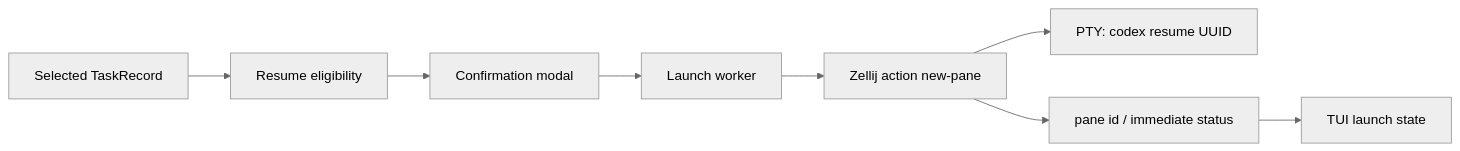
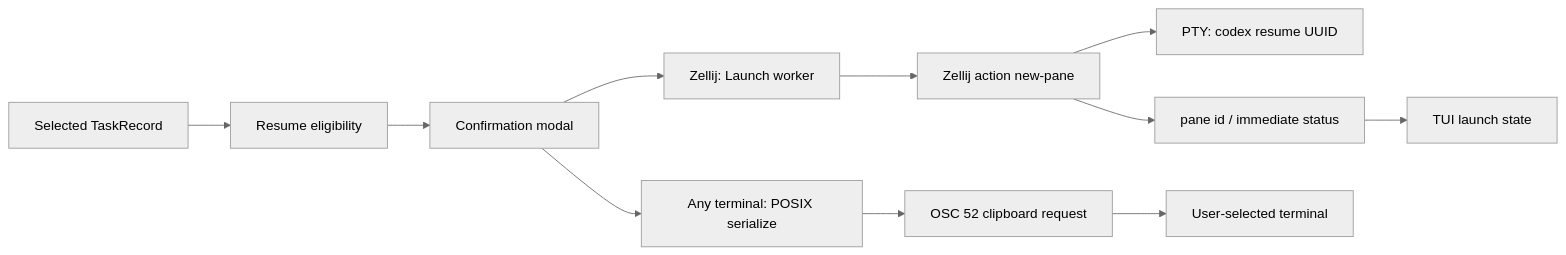
The diagram in docs/codex-terminal-resume.md (ghostroller/codex-usage-monit), drawn with Mermaid (neutral theme) before and after one commit. The commit also changed other lines of this file and 9 other files, not shown here.

````diff
--- a/docs/codex-terminal-resume.md
+++ b/docs/codex-terminal-resume.md
@@ -302,10 +320,13 @@
 ```mermaid
 flowchart LR
   A["Selected TaskRecord"] --> B["Resume eligibility"]
   B --> C["Confirmation modal"]
-  C --> D["Launch worker"]
+  C --> D["Zellij: Launch worker"]
+  C --> I["Any terminal: POSIX serialize"]
   D --> E["Zellij action new-pane"]
   E --> F["PTY: codex resume UUID"]
   E --> G["pane id / immediate status"]
   G --> H["TUI launch state"]
+  I --> J["OSC 52 clipboard request"]
+  J --> K["User-selected terminal"]
 ```
````
